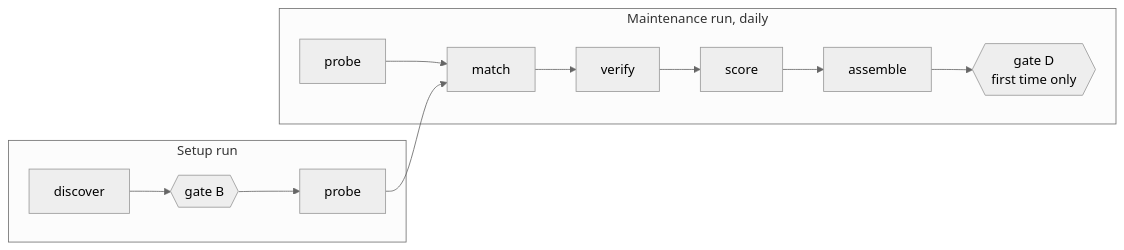
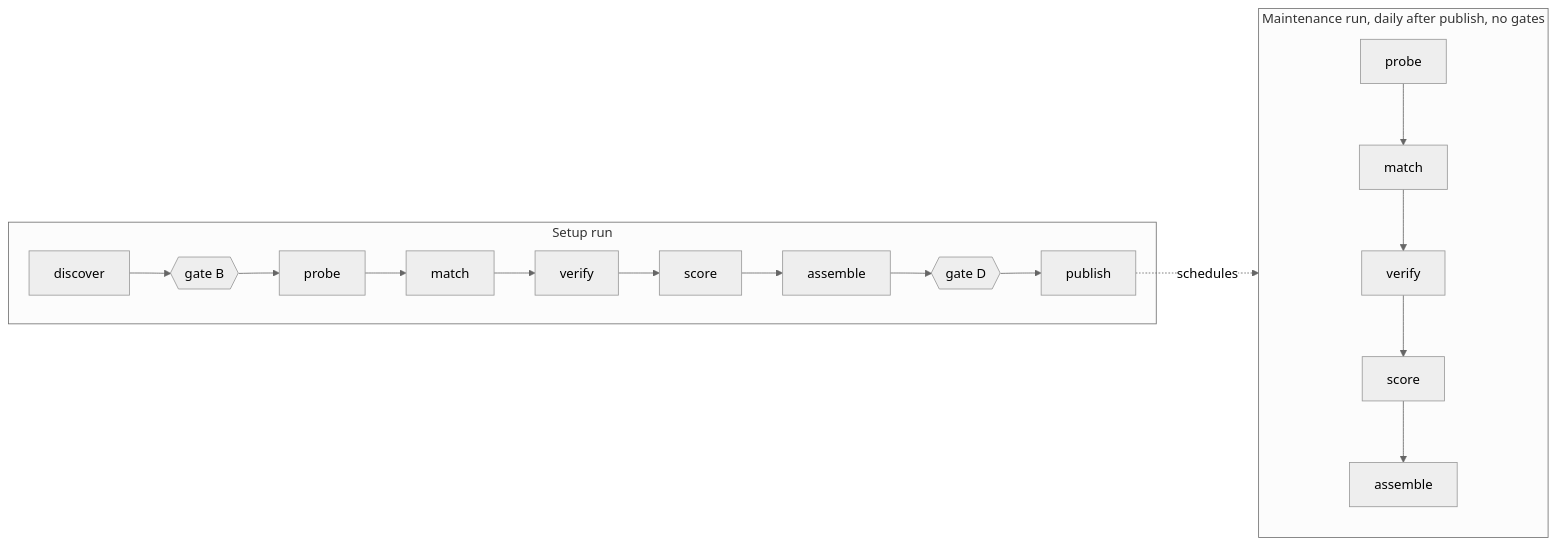
The diagram in docs/components/pipeline.md (yzz0806/sourcemap), drawn with Mermaid (neutral theme) before and after one commit. The commit also changed other lines of this file and 20 other files, not shown here.

````diff
--- a/docs/components/pipeline.md
+++ b/docs/components/pipeline.md
@@ -8,10 +8,10 @@
 ```mermaid
 flowchart LR
   subgraph setup[Setup run]
-    discover --> gateB{{gate B}} --> probe
+    discover --> gateB{{gate B}} --> p1[probe] --> m1[match] --> v1[verify] --> s1[score] --> a1[assemble] --> gateD{{gate D}} --> publish
   end
-  subgraph maintenance[Maintenance run, daily]
-    probe2[probe] --> match --> verify --> score --> assemble --> gateD{{gate D<br/>first time only}}
+  subgraph maintenance[Maintenance run, daily after publish, no gates]
+    p2[probe] --> m2[match] --> v2[verify] --> s2[score] --> a2[assemble]
   end
-  probe --> match
+  publish -.schedules.-> maintenance
 ```
````
